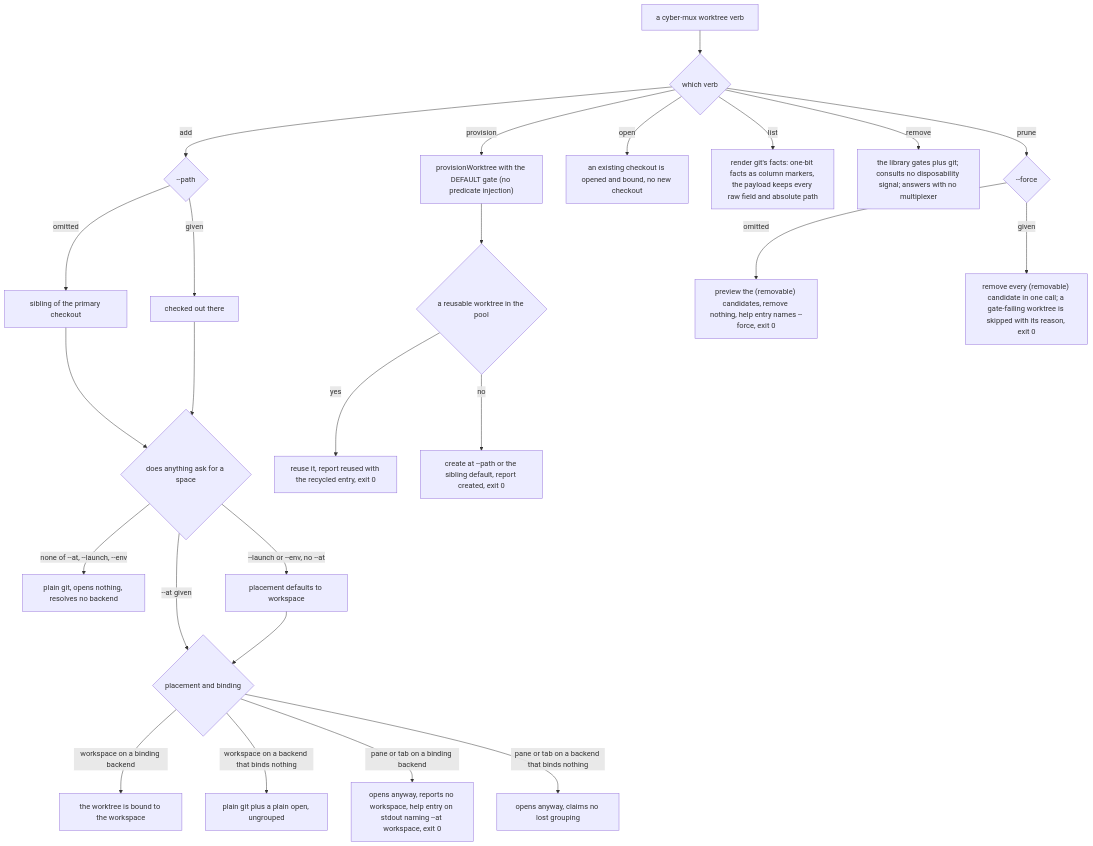
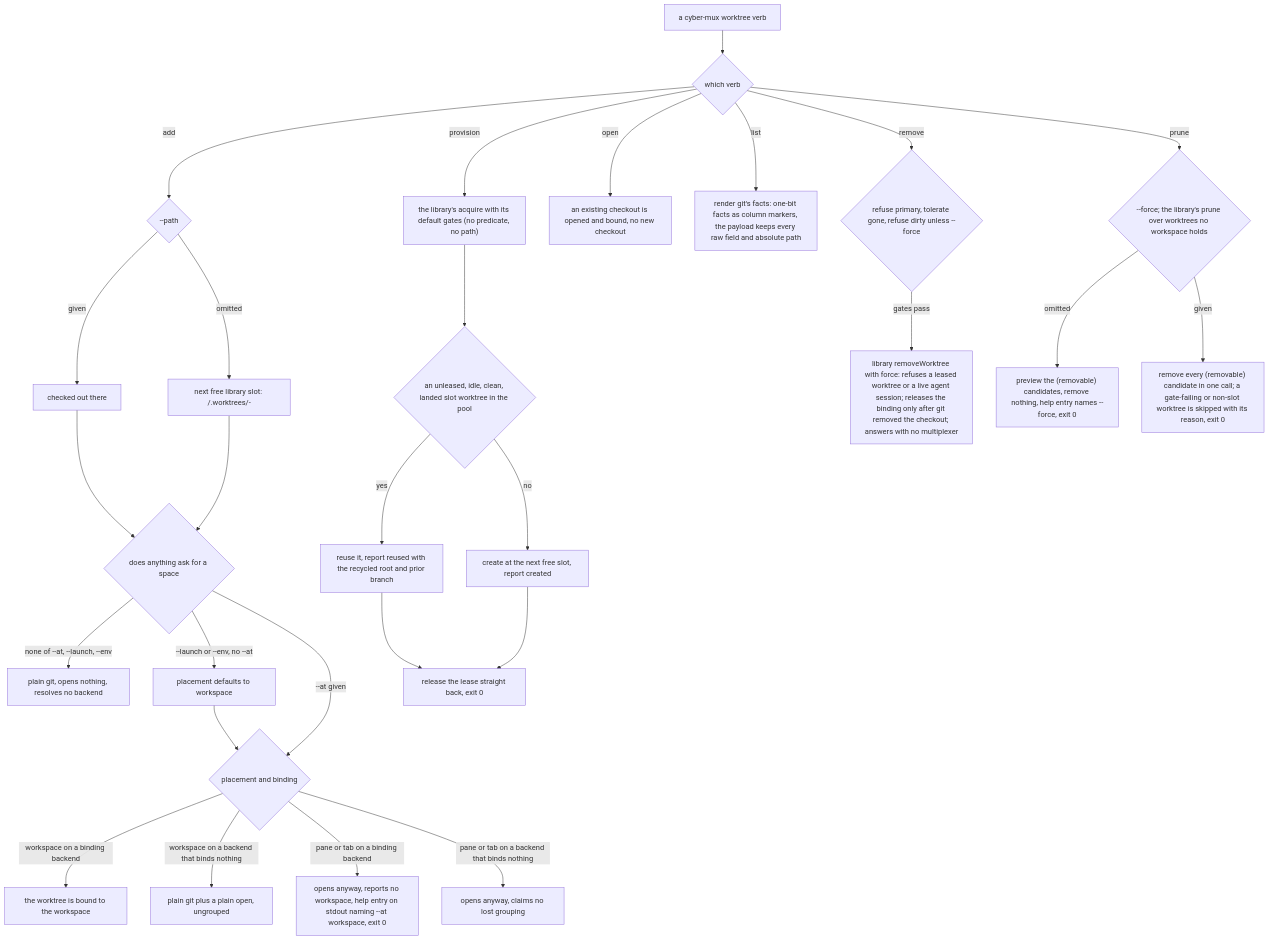
One commit to cyberuni/cyber-mux changed the diagram in packages/cyber-mux/.agents/spec/cli/worktree/README.md. Above: the diagram before and after it, drawn with Mermaid. The commit also changed other lines of this file and 21 other files, not shown here.

First line of the commit message:
feat(cyber-mux)!: move the worktree verbs onto agent-harness 0.7.0 and drop the sync helpers

````diff
--- a/packages/cyber-mux/.agents/spec/cli/worktree/README.md
+++ b/packages/cyber-mux/.agents/spec/cli/worktree/README.md
@@ -79,27 +88,30 @@
 ```mermaid
 graph TD
   W["a cyber-mux worktree verb"] --> WV{"which verb"}
   WV -->|"add"| PATH{"--path"}
   PATH -->|"given"| PGIVEN["checked out there"]
-  PATH -->|"omitted"| PDEF["sibling of the primary checkout"]
+  PATH -->|"omitted"| PDEF["next free library slot: <parent>/<repo>.worktrees/<repo>-<n>"]
   PDEF --> OPENQ{"does anything ask for a space"}
   PGIVEN --> OPENQ
   OPENQ -->|"none of --at, --launch, --env"| BARE["plain git, opens nothing, resolves no backend"]
   OPENQ -->|"--launch or --env, no --at"| IMPL["placement defaults to workspace"]
   OPENQ -->|"--at given"| PLACE{"placement and binding"}
   IMPL --> PLACE
   PLACE -->|"workspace on a binding backend"| BOUND["the worktree is bound to the workspace"]
   PLACE -->|"workspace on a backend that binds nothing"| UNB["plain git plus a plain open, ungrouped"]
   PLACE -->|"pane or tab on a binding backend"| DEG["opens anyway, reports no workspace, help entry on stdout naming --at workspace, exit 0"]
   PLACE -->|"pane or tab on a backend that binds nothing"| NOCLAIM["opens anyway, claims no lost grouping"]
-  WV -->|"provision"| PGATE["provisionWorktree with the DEFAULT gate (no predicate injection)"]
-  PGATE --> PAVAIL{"a reusable worktree in the pool"}
-  PAVAIL -->|"yes"| PREUSE["reuse it, report reused with the recycled entry, exit 0"]
-  PAVAIL -->|"no"| PCREATE["create at --path or the sibling default, report created, exit 0"]
+  WV -->|"provision"| PGATE["the library's acquire with its default gates (no predicate, no path)"]
+  PGATE --> PAVAIL{"an unleased, idle, clean, landed slot worktree in the pool"}
+  PAVAIL -->|"yes"| PREUSE["reuse it, report reused with the recycled root and prior branch"]
+  PAVAIL -->|"no"| PCREATE["create at the next free slot, report created"]
+  PREUSE --> PREL["release the lease straight back, exit 0"]
+  PCREATE --> PREL
   WV -->|"open"| GROUPLATER["an existing checkout is opened and bound, no new checkout"]
   WV -->|"list"| LIST["render git's facts: one-bit facts as column markers, the payload keeps every raw field and absolute path"]
-  WV -->|"remove"| RM["the library gates plus git; consults no disposability signal; answers with no multiplexer"]
-  WV -->|"prune"| PFORCE{"--force"}
+  WV -->|"remove"| RM{"refuse primary, tolerate gone, refuse dirty unless --force"}
+  RM -->|"gates pass"| RML["library removeWorktree with force: refuses a leased worktree or a live agent session; releases the binding only after git removed the checkout; answers with no multiplexer"]
+  WV -->|"prune"| PFORCE{"--force; the library's prune over worktrees no workspace holds"}
   PFORCE -->|"omitted"| PPREVIEW["preview the (removable) candidates, remove nothing, help entry names --force, exit 0"]
-  PFORCE -->|"given"| PAPPLY["remove every (removable) candidate in one call; a gate-failing worktree is skipped with its reason, exit 0"]
+  PFORCE -->|"given"| PAPPLY["remove every (removable) candidate in one call; a gate-failing or non-slot worktree is skipped with its reason, exit 0"]
 ```
````
